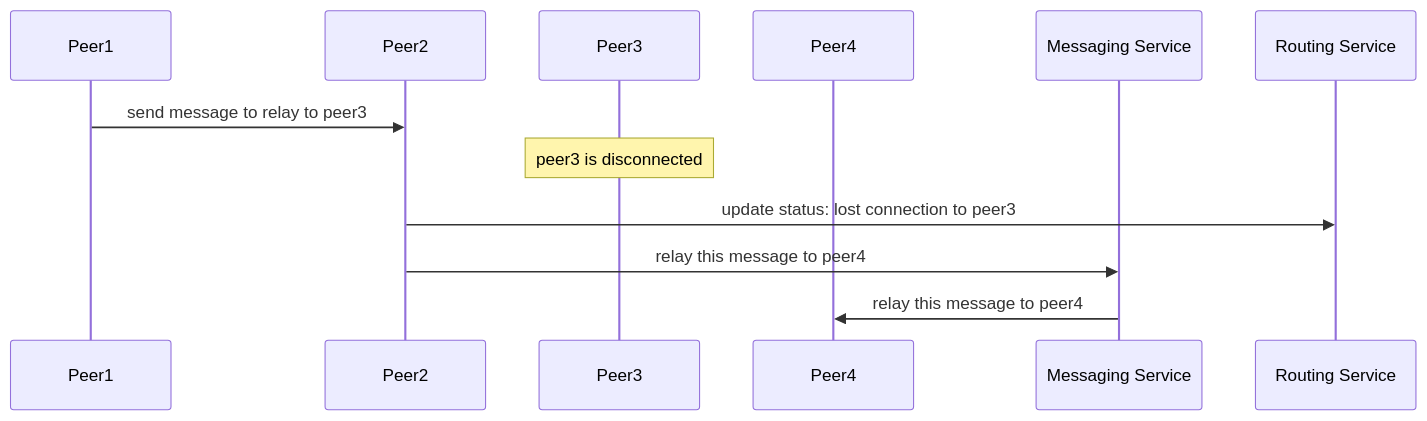
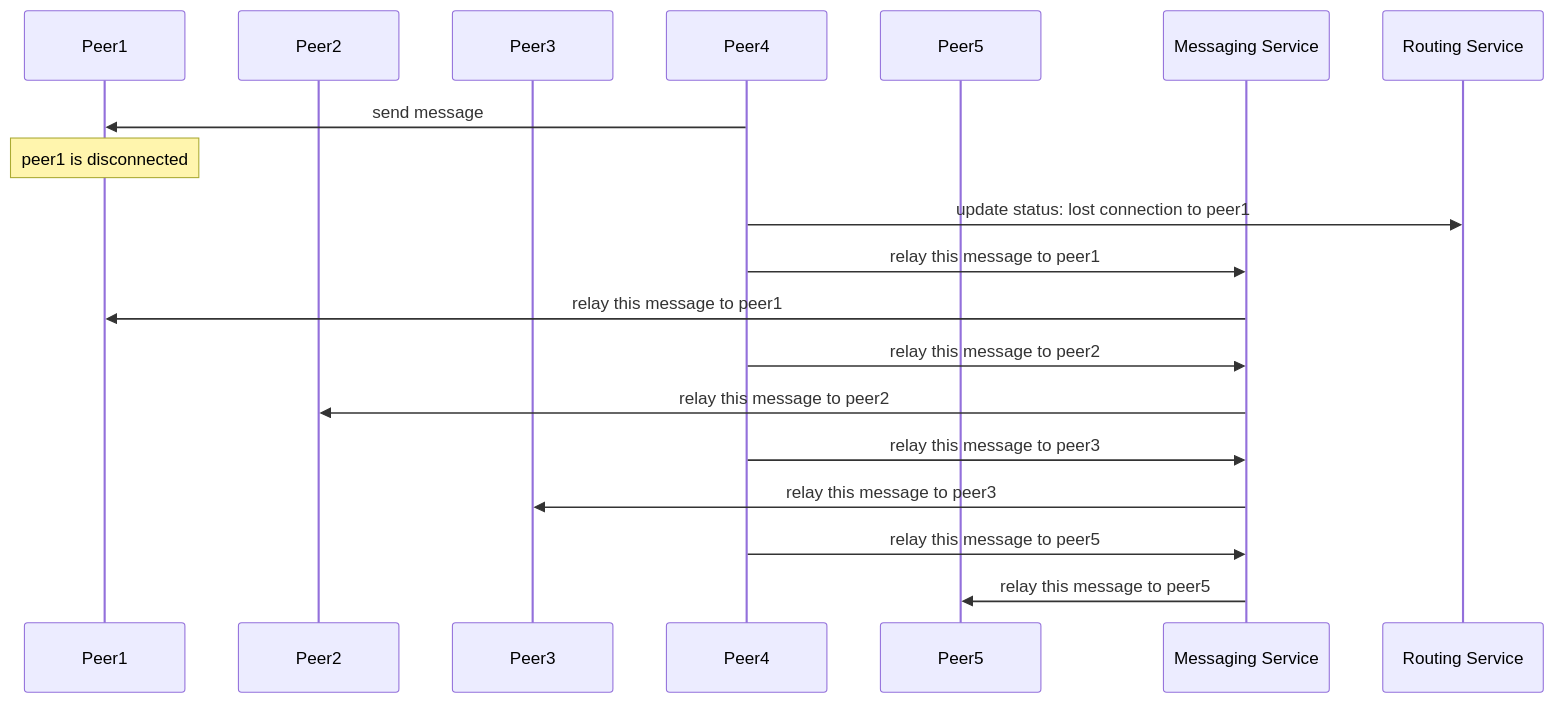
One commit to decentraland/adr changed the fifth of 5 diagrams in RFC/RFC-14-p2p-adapter.md. Above: the diagram before and after it, drawn with Mermaid. The commit also changed other lines of this file, not shown here.

````diff
--- a/RFC/RFC-14-p2p-adapter.md
+++ b/RFC/RFC-14-p2p-adapter.md
@@ -141,17 +145,23 @@
 ```mermaid
 sequenceDiagram
     participant Peer1
     participant Peer2
     participant Peer3
     participant Peer4
+    participant Peer5
     participant MS as Messaging Service
     participant RS as Routing Service
 
-    Peer1->>Peer2: send message to relay to peer3
+    Peer4->>Peer1: send message
+    Note over Peer1: peer1 is disconnected
+    Peer4->>RS: update status: lost connection to peer1
 
-    Note over Peer3: peer3 is disconnected
-
-    Peer2->>RS: update status: lost connection to peer3
-    Peer2->>MS: relay this message to peer4
-    MS->>Peer4: relay this message to peer4
+    Peer4->>MS: relay this message to peer1
+    MS->>Peer1: relay this message to peer1
+    Peer4->>MS: relay this message to peer2
+    MS->>Peer2: relay this message to peer2
+    Peer4->>MS: relay this message to peer3
+    MS->>Peer3: relay this message to peer3
+    Peer4->>MS: relay this message to peer5
+    MS->>Peer5: relay this message to peer5
 ```
````
